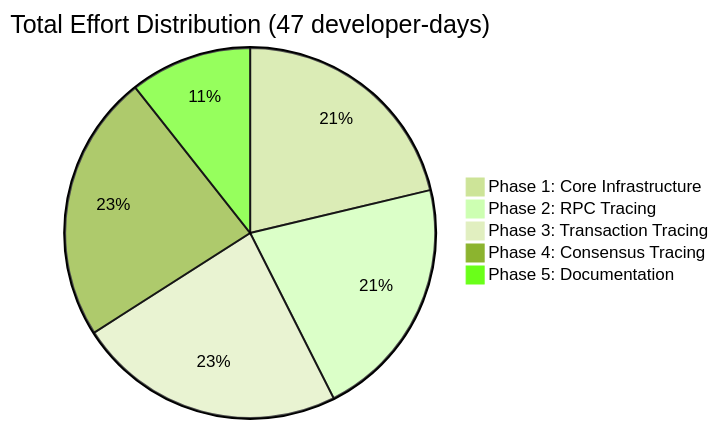
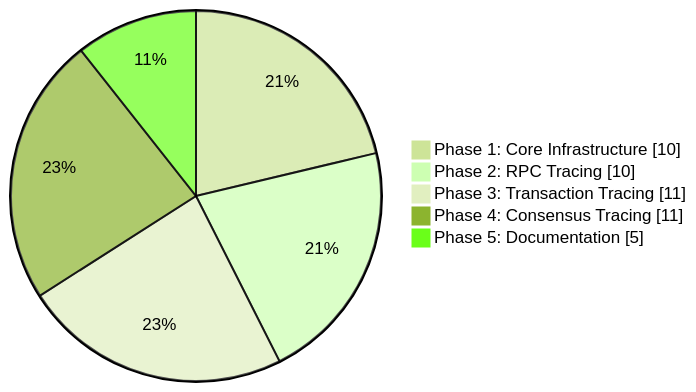
One commit to XRPL-Node/rippled changed the third of 6 diagrams in OpenTelemetryPlan/06-implementation-phases.md. Above: the diagram before and after it, drawn with Mermaid (forest theme). The commit also changed other lines of this file and 8 other files, not shown here.

````diff
--- a/OpenTelemetryPlan/06-implementation-phases.md
+++ b/OpenTelemetryPlan/06-implementation-phases.md
@@ -231,8 +233,9 @@
 ```mermaid
-pie title Total Effort Distribution (47 developer-days)
+%%{init: {'pie': {'textPosition': 0.75}}}%%
+pie showData
     "Phase 1: Core Infrastructure" : 10
     "Phase 2: RPC Tracing" : 10
     "Phase 3: Transaction Tracing" : 11
     "Phase 4: Consensus Tracing" : 11
     "Phase 5: Documentation" : 5
 ```
````
